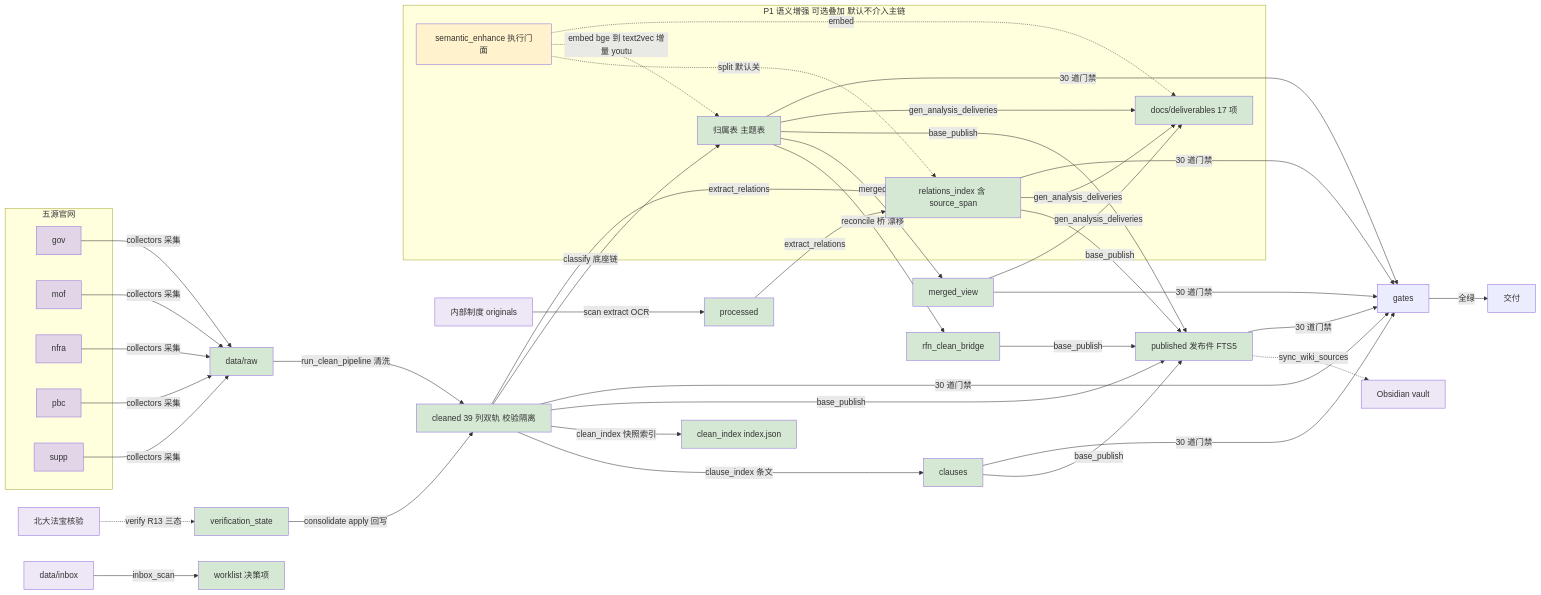
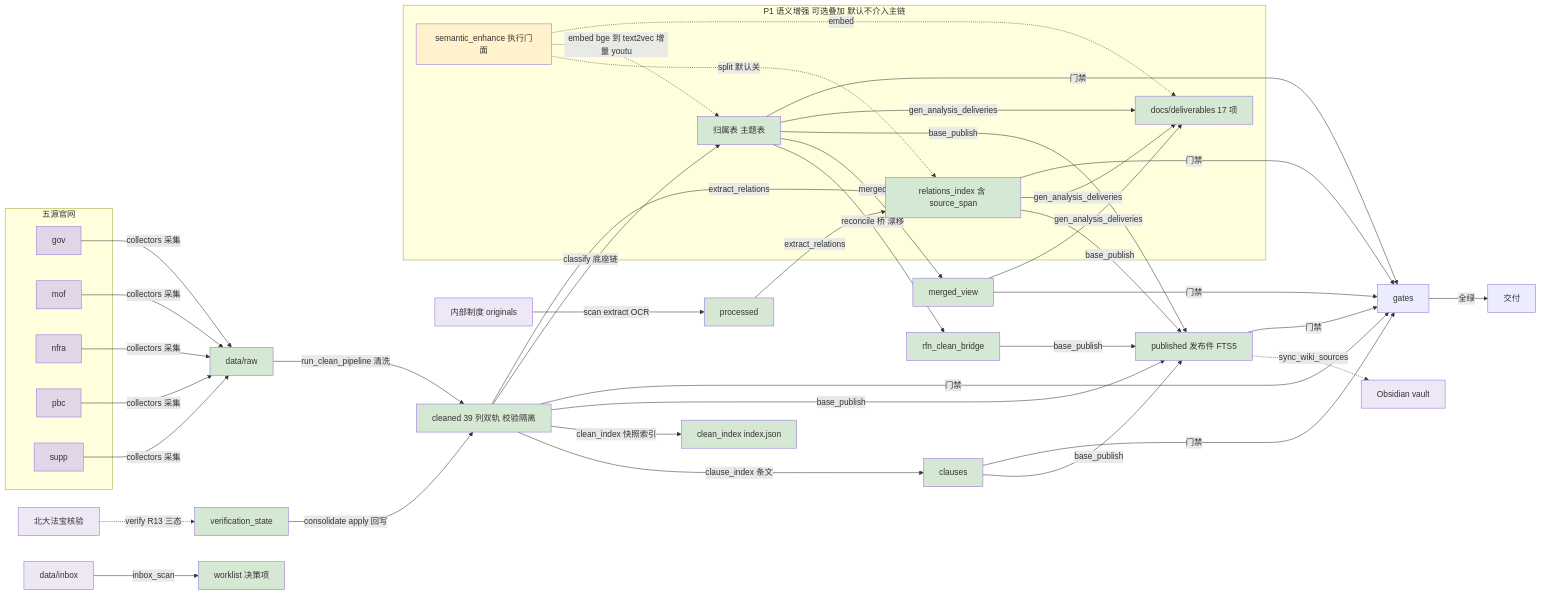
Before and after one commit to wangtierui/orchestrator: the second of 4 diagrams in README.md, drawn with Mermaid. The commit also changed other lines of this file and 18 other files, not shown here.

````diff
--- a/README.md
+++ b/README.md
@@ -197,57 +197,57 @@
 ```mermaid
 flowchart LR
     subgraph SRC[五源官网]
         G[gov]
         M[mof]
         N[nfra]
         P[pbc]
         S[supp]
     end
     G -->|collectors 采集| RAW[data/raw]
     M -->|collectors 采集| RAW
     N -->|collectors 采集| RAW
     P -->|collectors 采集| RAW
     S -->|collectors 采集| RAW
     RAW -->|run_clean_pipeline 清洗| C[cleaned 39 列双轨 校验隔离]
     C -->|clause_index 条文| CL[clauses]
     C -->|clean_index 快照索引| CIDX[clean_index index.json]
     V[北大法宝核验] -.->|verify R13 三态| STV[verification_state]
     STV -->|consolidate apply 回写| C
     C -->|classify 底座链| AT[归属表 主题表]
     C -->|extract_relations| REL[relations_index 含 source_span]
     INT[内部制度 originals] -->|scan extract OCR| PC[processed]
     PC -->|extract_relations| REL
     AT -->|reconcile 桥 漂移| BR[rfn_clean_bridge]
     AT -->|merged| MV[merged_view]
     C -->|base_publish| PUB[published 发布件 FTS5]
     CL -->|base_publish| PUB
     BR -->|base_publish| PUB
     AT -->|base_publish| PUB
     REL -->|base_publish| PUB
     AT -->|gen_analysis_deliveries| AN[docs/deliverables 17 项]
     MV -->|gen_analysis_deliveries| AN
     REL -->|gen_analysis_deliveries| AN
     INBOX[data/inbox] -->|inbox_scan| WL[worklist 决策项]
     PUB -.->|sync_wiki_sources| KB[Obsidian vault]
-    C -->|30 道门禁| G8[gates]
-    CL -->|30 道门禁| G8
-    AT -->|30 道门禁| G8
-    REL -->|30 道门禁| G8
-    MV -->|30 道门禁| G8
-    PUB -->|30 道门禁| G8
+    C -->|门禁| G8[gates]
+    CL -->|门禁| G8
+    AT -->|门禁| G8
+    REL -->|门禁| G8
+    MV -->|门禁| G8
+    PUB -->|门禁| G8
     G8 -->|全绿| OK[交付]
     subgraph P1[P1 语义增强 可选叠加 默认不介入主链]
         SE[semantic_enhance 执行门面]
         SE -.->|split 默认关| REL
         SE -.->|embed bge 到 text2vec 增量 youtu| AT
         SE -.->|embed| AN
     end
     classDef src fill:#e1d5e7
     classDef store fill:#d5e8d4
     classDef ext fill:#ede7f6
     classDef enh fill:#fff2cc
     class G,M,N,P,S src
     class RAW,C,CL,CIDX,STV,AT,REL,PC,BR,MV,PUB,AN,WL store
     class V,INT,INBOX,KB ext
     class SE enh
 ```
````
